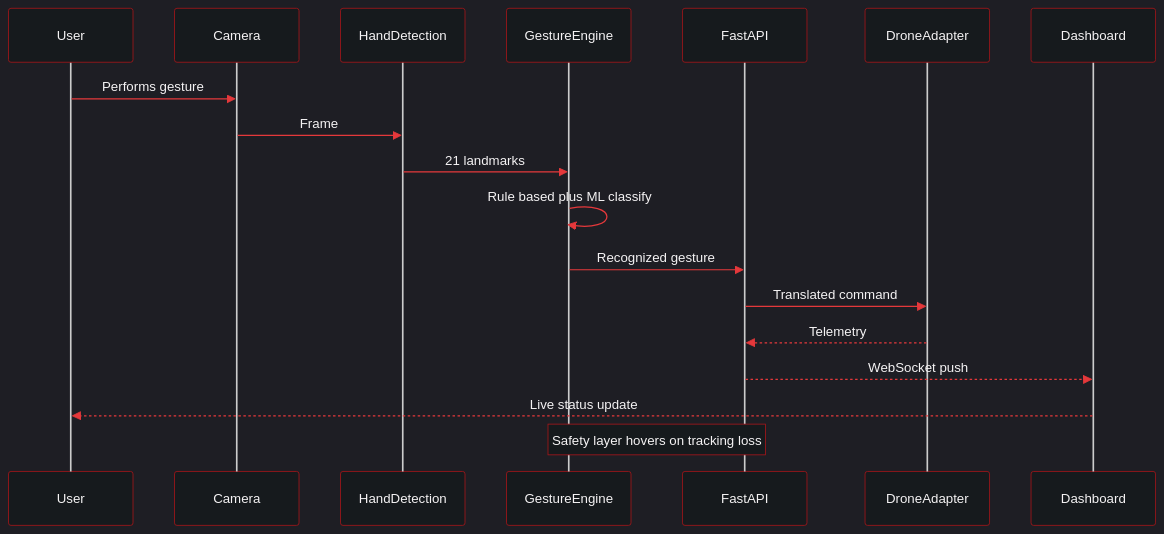
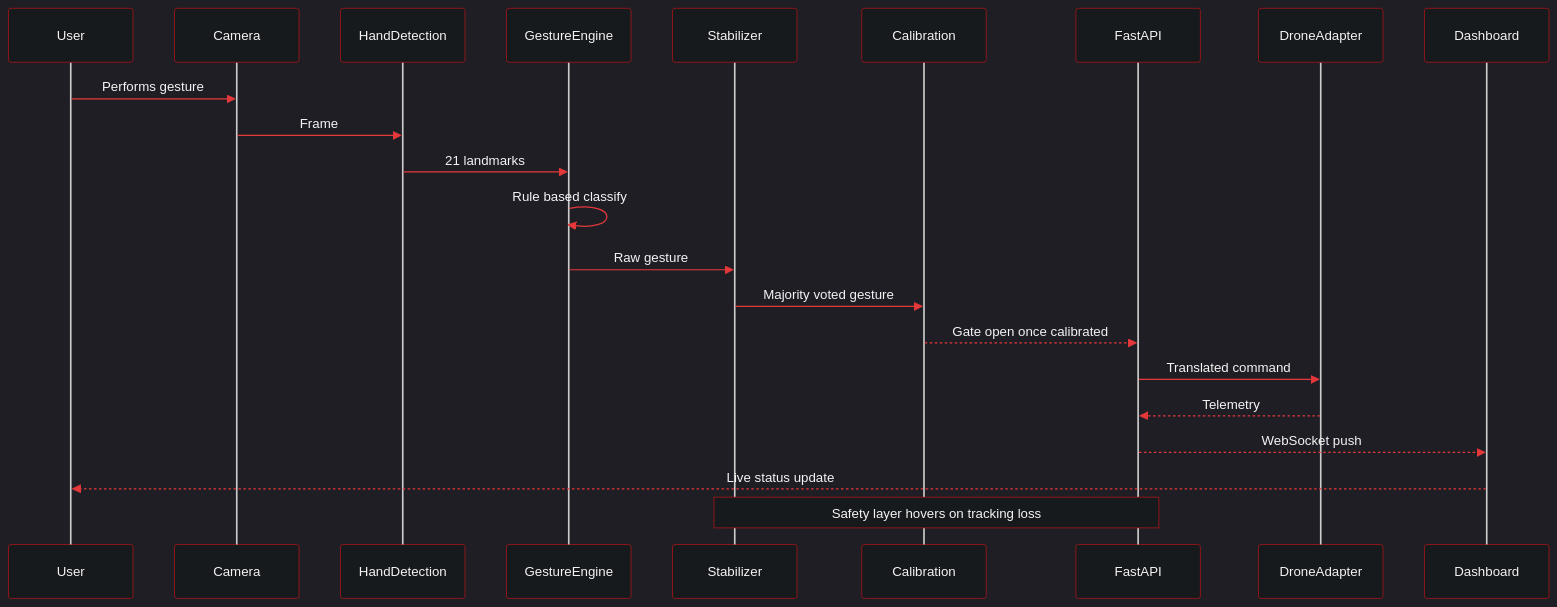
Before and after one commit to COS301-SE-2026/Gesture-Based-Drone-Control: the first of 2 diagrams in README.md, drawn with Mermaid. The commit also changed other lines of this file, not shown here.

````diff
--- a/README.md
+++ b/README.md
@@ -238,28 +248,32 @@
 ```mermaid
 %%{init: {'theme':'dark', 'themeVariables': {
   'primaryColor':'#A4161A','primaryTextColor':'#F5F3F4',
   'actorBkg':'#161A1D','actorBorder':'#A4161A','actorTextColor':'#F5F3F4',
   'signalColor':'#E5383B','signalTextColor':'#F5F3F4',
   'background':'#0B090A','noteBkgColor':'#161A1D','noteTextColor':'#F5F3F4','noteBorderColor':'#A4161A'
 }}}%%
 sequenceDiagram
     participant User
     participant Camera
     participant HandDetection
     participant GestureEngine
+    participant Stabilizer
+    participant Calibration
     participant FastAPI
     participant DroneAdapter
     participant Dashboard
 
     User->>Camera: Performs gesture
     Camera->>HandDetection: Frame
     HandDetection->>GestureEngine: 21 landmarks
-    GestureEngine->>GestureEngine: Rule based plus ML classify
-    GestureEngine->>FastAPI: Recognized gesture
+    GestureEngine->>GestureEngine: Rule based classify
+    GestureEngine->>Stabilizer: Raw gesture
+    Stabilizer->>Calibration: Majority voted gesture
+    Calibration-->>FastAPI: Gate open once calibrated
     FastAPI->>DroneAdapter: Translated command
     DroneAdapter-->>FastAPI: Telemetry
     FastAPI-->>Dashboard: WebSocket push
     Dashboard-->>User: Live status update
 
-    Note over GestureEngine,FastAPI: Safety layer hovers on tracking loss
+    Note over Stabilizer,FastAPI: Safety layer hovers on tracking loss
 ```
````
